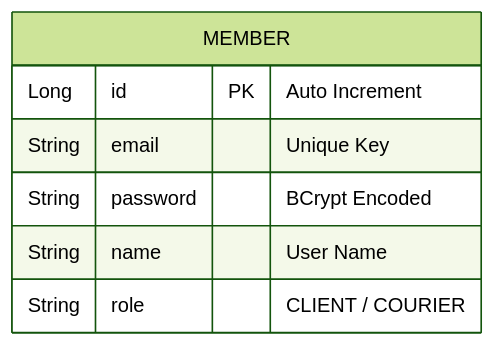
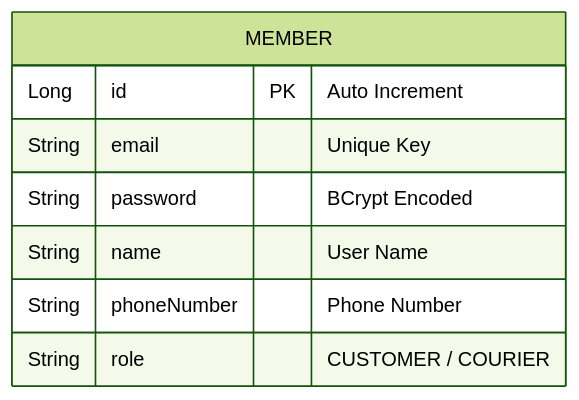
Before and after one commit to ShinhanDSProject/shinhan-delivery: the diagram in docs/design/member-auth-design.md, drawn with Mermaid (forest theme). The commit also changed other lines of this file and 7 other files, not shown here.

````diff
--- a/docs/design/member-auth-design.md
+++ b/docs/design/member-auth-design.md
@@ -20,10 +20,11 @@
 ```mermaid
 erDiagram
     MEMBER {
         Long id PK "Auto Increment"
         String email "Unique Key"
         String password "BCrypt Encoded"
         String name "User Name"
-        String role "CLIENT / COURIER"
+        String phoneNumber "Phone Number"
+        String role "CUSTOMER / COURIER"
     }
 ```
````
